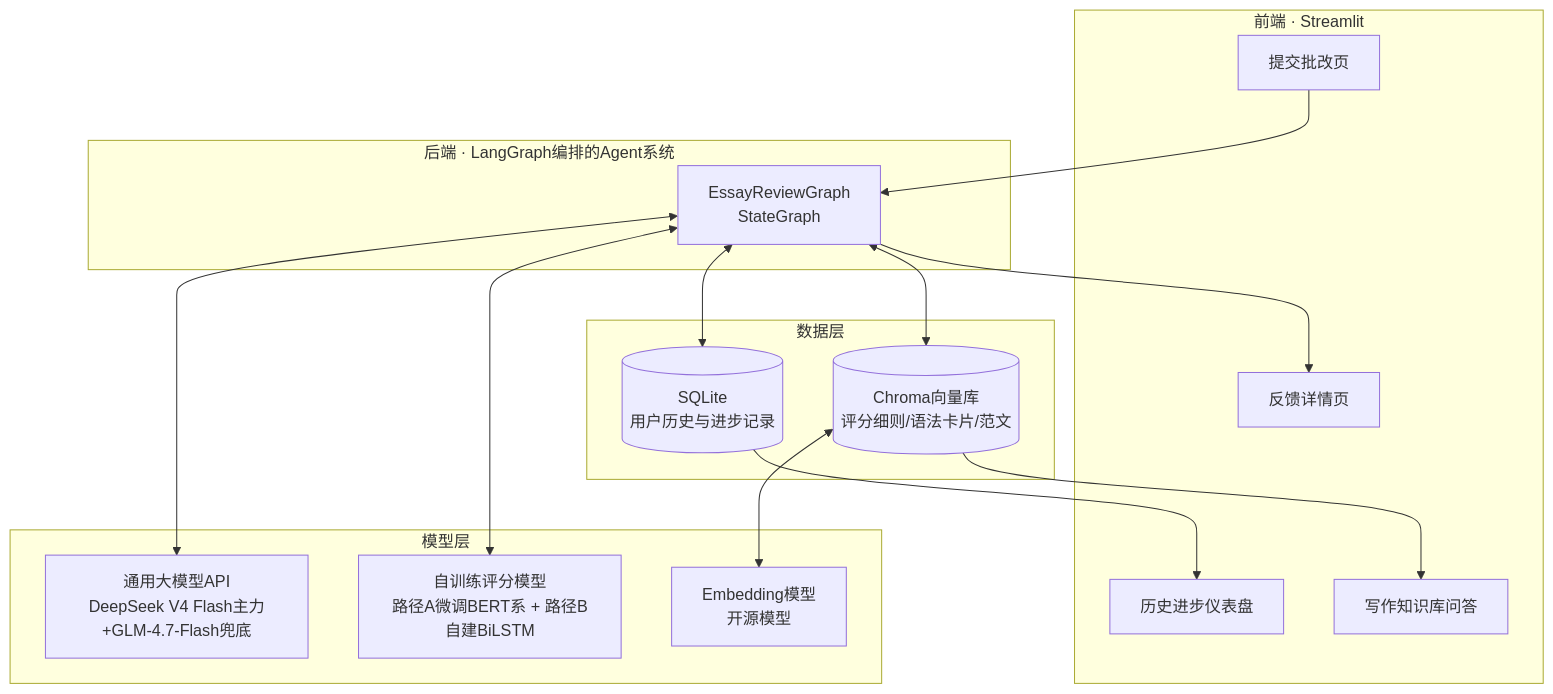
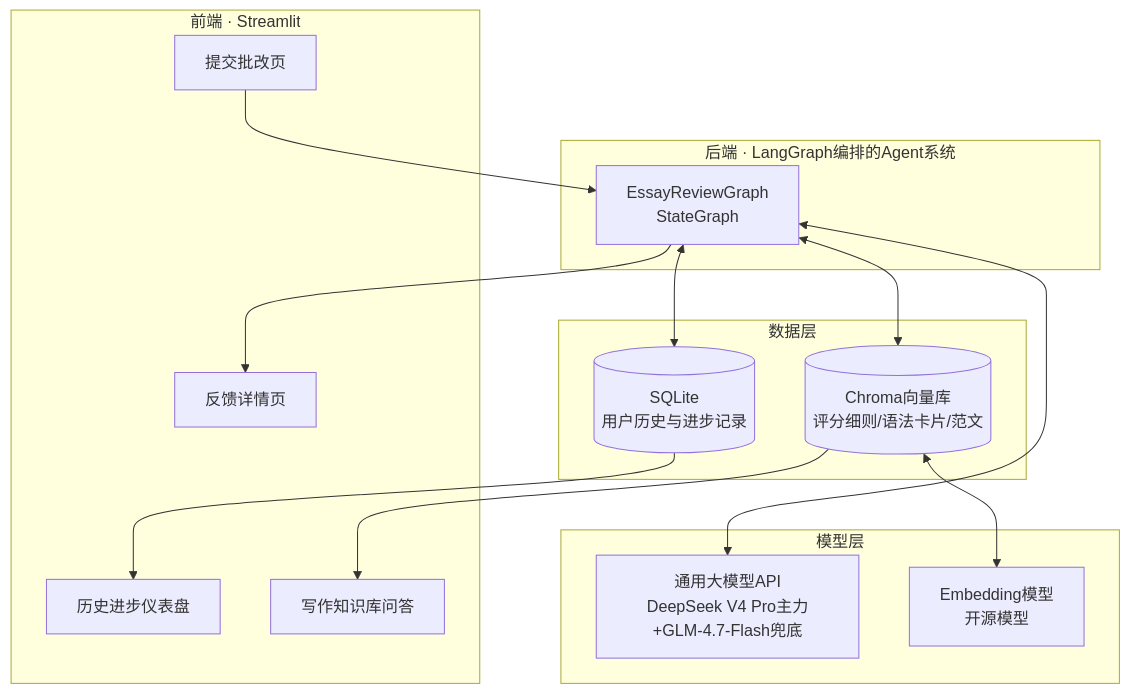
Before and after one commit to EthanTian05/Huibi: the first of 2 diagrams in Docs/01-系统架构与Agent设计.md, drawn with Mermaid. The commit also changed other lines of this file and 8 other files, not shown here.

````diff
--- a/Docs/01-系统架构与Agent设计.md
+++ b/Docs/01-系统架构与Agent设计.md
@@ -5,34 +5,32 @@
 ```mermaid
 flowchart TB
     subgraph Frontend["前端 · Streamlit"]
         UI1[提交批改页]
         UI2[反馈详情页]
         UI3[历史进步仪表盘]
         UI4[写作知识库问答]
     end
 
     subgraph Backend["后端 · LangGraph编排的Agent系统"]
         Graph[EssayReviewGraph<br/>StateGraph]
     end
 
     subgraph Models["模型层"]
-        LLM[通用大模型API<br/>DeepSeek V4 Flash主力+GLM-4.7-Flash兜底]
-        Scorer[自训练评分模型<br/>路径A微调BERT系 + 路径B自建BiLSTM]
+        LLM[通用大模型API<br/>DeepSeek V4 Pro主力+GLM-4.7-Flash兜底]
         Embed[Embedding模型<br/>开源模型]
     end
 
     subgraph Data["数据层"]
         VDB[(Chroma向量库<br/>评分细则/语法卡片/范文)]
         SQL[(SQLite<br/>用户历史与进步记录)]
     end
 
     UI1 --> Graph
     Graph --> UI2
     SQL --> UI3
     VDB --> UI4
     Graph <--> LLM
-    Graph <--> Scorer
     Graph <--> VDB
     Graph <--> SQL
     VDB <--> Embed
 ```
````
